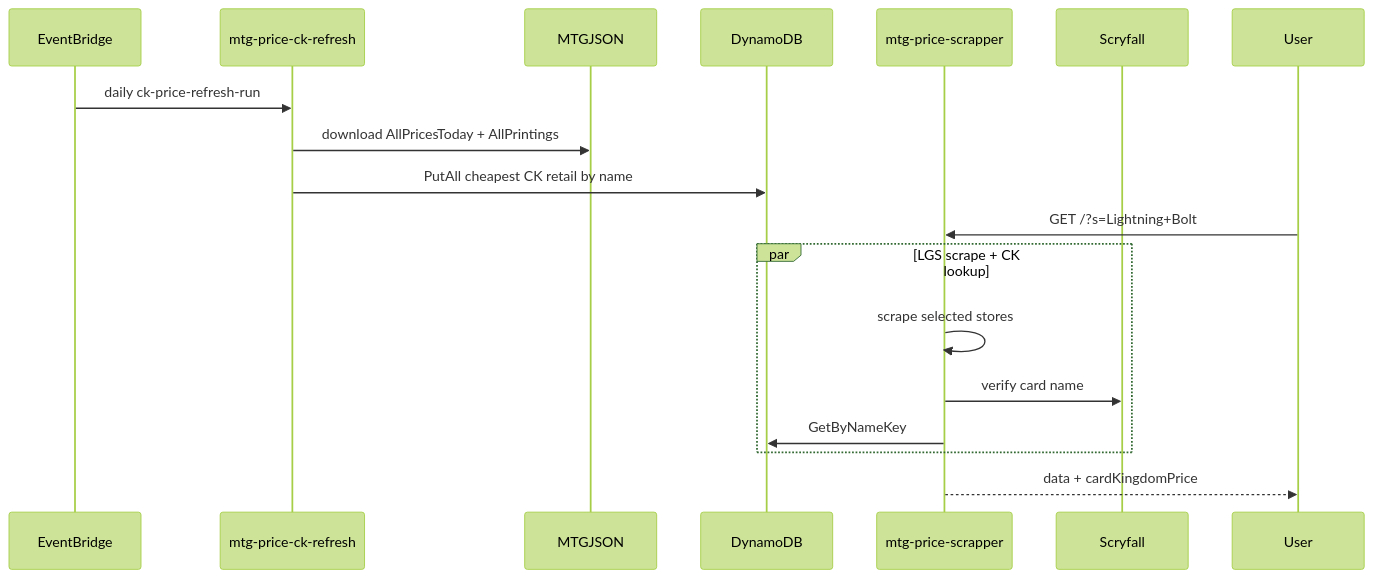
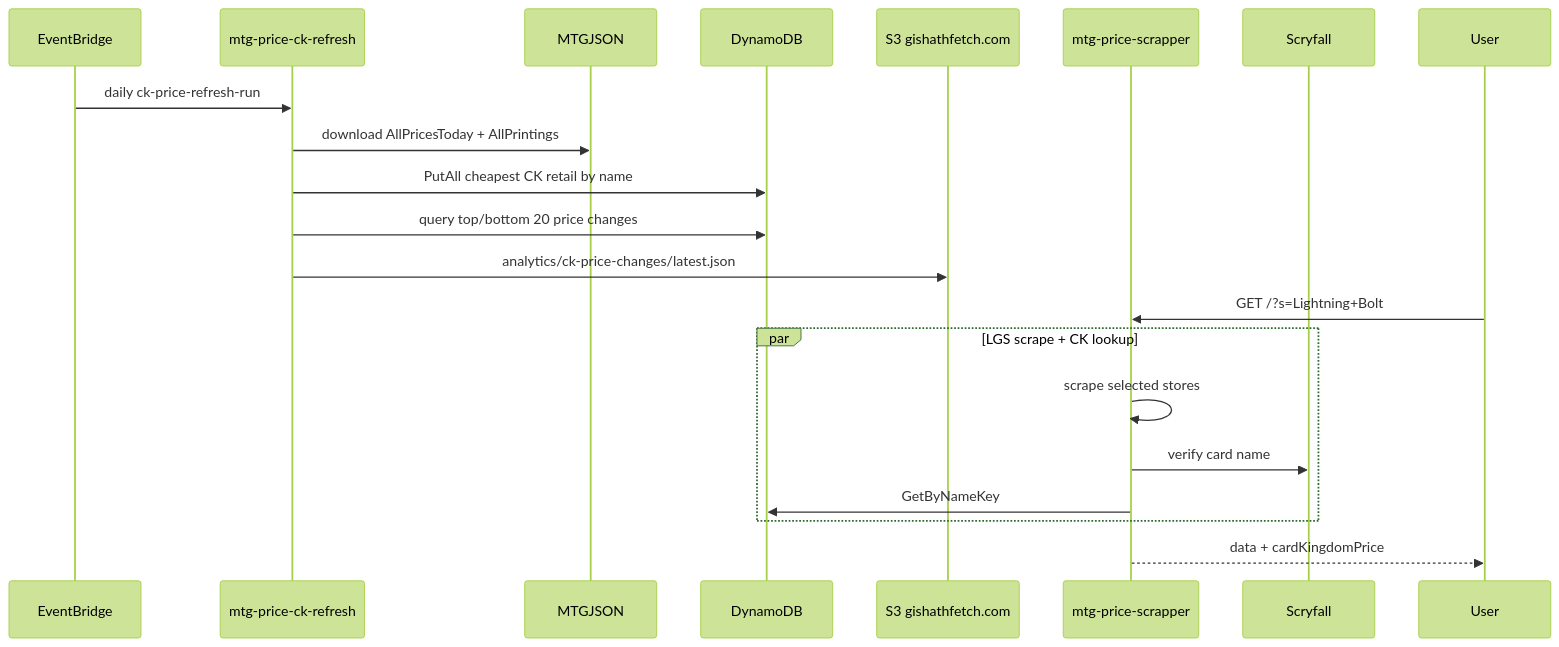
Before and after one commit to xenodus/gishathfetch: the third of 4 diagrams in README.md, drawn with Mermaid (forest theme). The commit also changed other lines of this file and 7 other files, not shown here.

First line of the commit message:
Export CK top/bottom 20 price changes to S3 after daily refresh (#251)

````diff
--- a/README.md
+++ b/README.md
@@ -152,21 +153,24 @@
 ```mermaid
 sequenceDiagram
     participant EB as EventBridge
     participant R as mtg-price-ck-refresh
     participant M as MTGJSON
     participant D as DynamoDB
+    participant S3 as S3 gishathfetch.com
     participant S as mtg-price-scrapper
     participant SF as Scryfall
     participant U as User
 
     EB->>R: daily ck-price-refresh-run
     R->>M: download AllPricesToday + AllPrintings
     R->>D: PutAll cheapest CK retail by name
+    R->>D: query top/bottom 20 price changes
+    R->>S3: analytics/ck-price-changes/latest.json
     U->>S: GET /?s=Lightning+Bolt
     par LGS scrape + CK lookup
         S->>S: scrape selected stores
         S->>SF: verify card name
         S->>D: GetByNameKey
     end
     S-->>U: data + cardKingdomPrice
 ```
````
